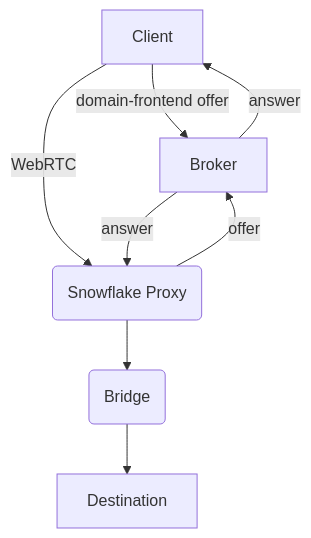
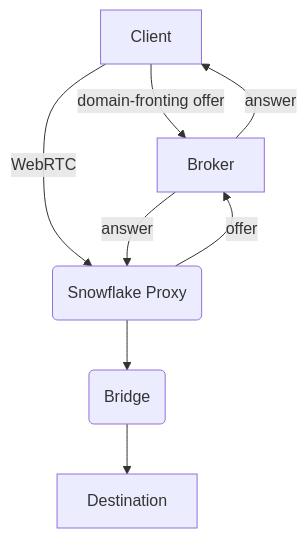
The diagram in readme.md (Tanvir1337x/Tanvir1337x.github.io), drawn with Mermaid before and after one commit. The commit also changed other lines of this file, not shown here.

Commit message:
refine snowflake architecture flow in mermaid diagram and add note in readme

````diff
--- a/readme.md
+++ b/readme.md
@@ -9,6 +9,8 @@
 ```mermaid
 graph TD
-    Client[Client] -- domain-frontend offer --> Broker[Broker] -- answer --> Client -- WebRTC --> Snowflake
-    Broker -- answer --> Snowflake(Snowflake Proxy) -- offer --> Broker
+    Client[Client] -- domain-fronting offer --> Broker[Broker] -- answer --> Client
+    Client -- WebRTC --> Snowflake(Snowflake Proxy)
+    Broker -- answer --> Snowflake
+    Snowflake -- offer --> Broker
     Snowflake --> Bridge(Bridge) --> Destination
 ```
````
